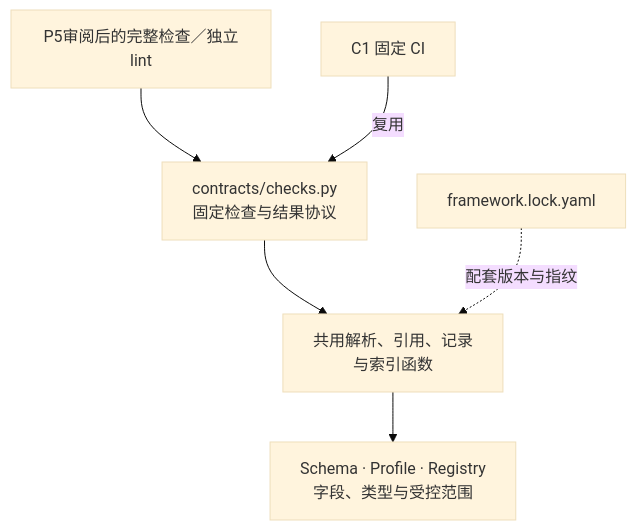
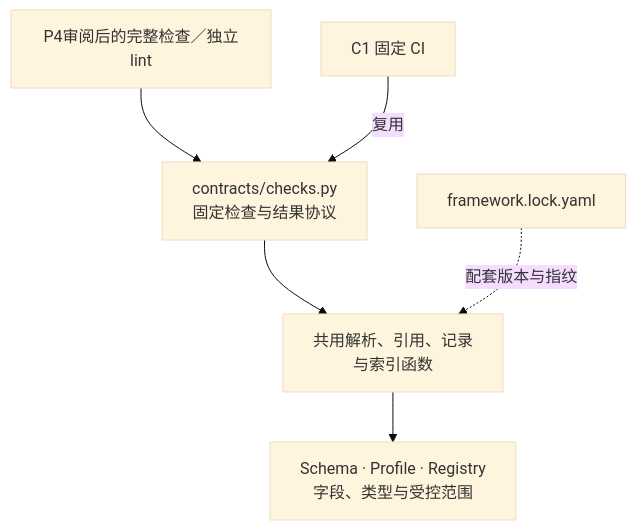
Before and after one commit to Robin-hhc/FactumCore: diagram 24 of 27 in himate/himate-knowledge-wifi-mp/docs-llm-wiki/知识库详细设计.md, drawn with Mermaid (base theme). The commit also changed other lines of this file and 190 other files, not shown here.

````diff
--- a/himate/himate-knowledge-wifi-mp/docs-llm-wiki/知识库详细设计.md
+++ b/himate/himate-knowledge-wifi-mp/docs-llm-wiki/知识库详细设计.md
@@ -989,8 +999,8 @@
 ```mermaid
 flowchart TD
-    LINT["P5审阅后的完整检查／独立lint"] --> CHECKS["contracts/checks.py<br/>固定检查与结果协议"]
+    LINT["P4审阅后的完整检查／独立lint"] --> CHECKS["contracts/checks.py<br/>固定检查与结果协议"]
     CI["C1 固定 CI"] -->|复用| CHECKS
     CHECKS --> CORE["共用解析、引用、记录<br/>与索引函数"]
     CORE --> RULE["Schema · Profile · Registry<br/>字段、类型与受控范围"]
     LOCK["framework.lock.yaml"] -. 配套版本与指纹 .-> CORE
 ```
````
